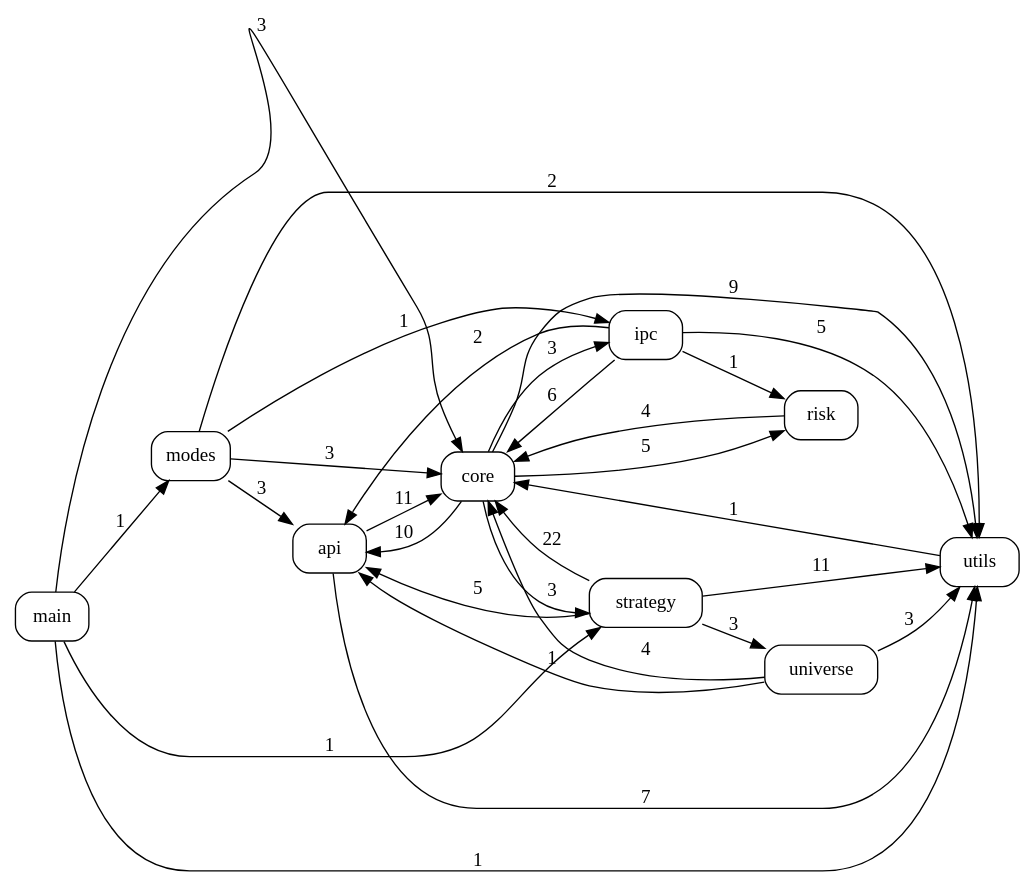
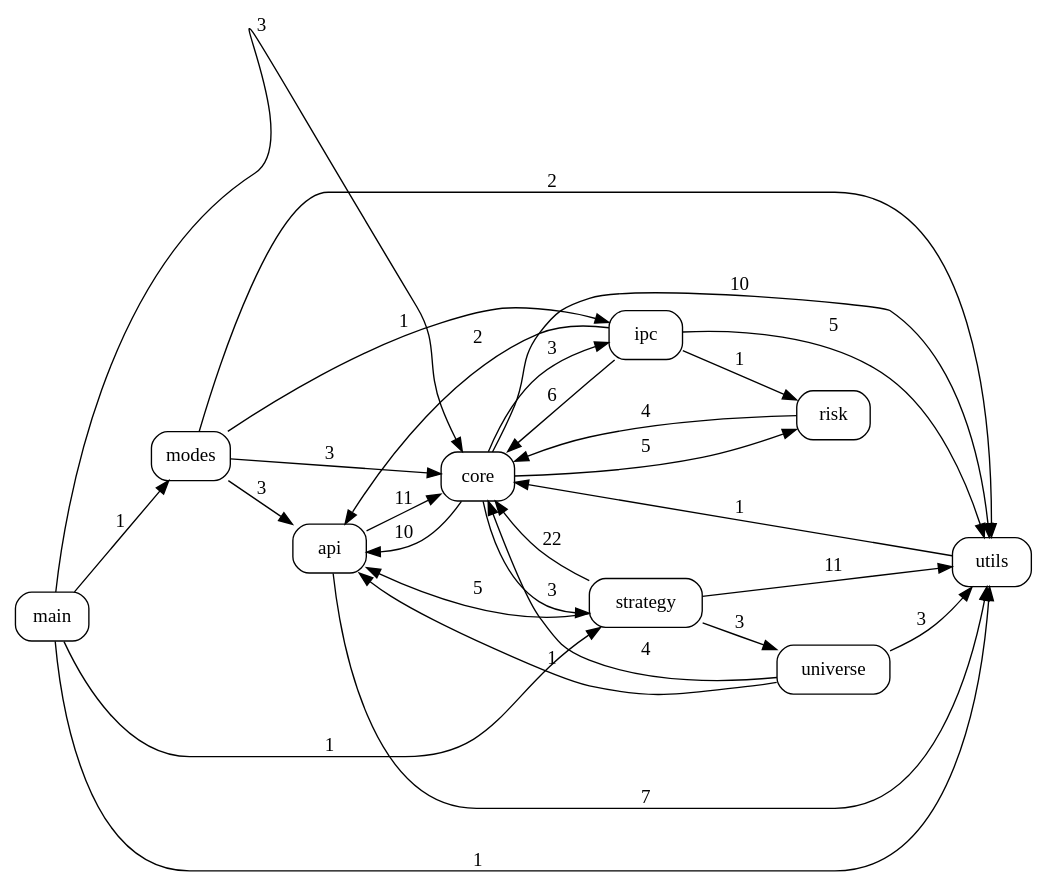
One commit to pypy8171/Quant changed the diagram in docs/code_graph.dot. Above: the diagram before and after it, drawn with Graphviz. The commit also changed 6 other files, not shown here.

```diff
--- a/docs/code_graph.dot
+++ b/docs/code_graph.dot
@@ -1,41 +1,41 @@
 digraph code_graph {
   rankdir=LR;
   node [shape=box, style=rounded, fontname="Consolas"];
   "api";
   "core";
   "ipc";
   "main";
   "modes";
   "risk";
   "strategy";
   "universe";
   "utils";
   "api" -> "core" [label="11"];
   "api" -> "utils" [label="7"];
   "core" -> "api" [label="10"];
   "core" -> "ipc" [label="3"];
   "core" -> "risk" [label="5"];
   "core" -> "strategy" [label="3"];
-  "core" -> "utils" [label="9"];
+  "core" -> "utils" [label="10"];
   "ipc" -> "api" [label="2"];
   "ipc" -> "core" [label="6"];
   "ipc" -> "risk" [label="1"];
   "ipc" -> "utils" [label="5"];
   "main" -> "core" [label="3"];
   "main" -> "modes" [label="1"];
   "main" -> "strategy" [label="1"];
   "main" -> "utils" [label="1"];
   "modes" -> "api" [label="3"];
   "modes" -> "core" [label="3"];
   "modes" -> "ipc" [label="1"];
   "modes" -> "utils" [label="2"];
   "risk" -> "core" [label="4"];
   "strategy" -> "api" [label="5"];
   "strategy" -> "core" [label="22"];
   "strategy" -> "universe" [label="3"];
   "strategy" -> "utils" [label="11"];
   "universe" -> "api" [label="1"];
   "universe" -> "core" [label="4"];
   "universe" -> "utils" [label="3"];
   "utils" -> "core" [label="1"];
 }
```
